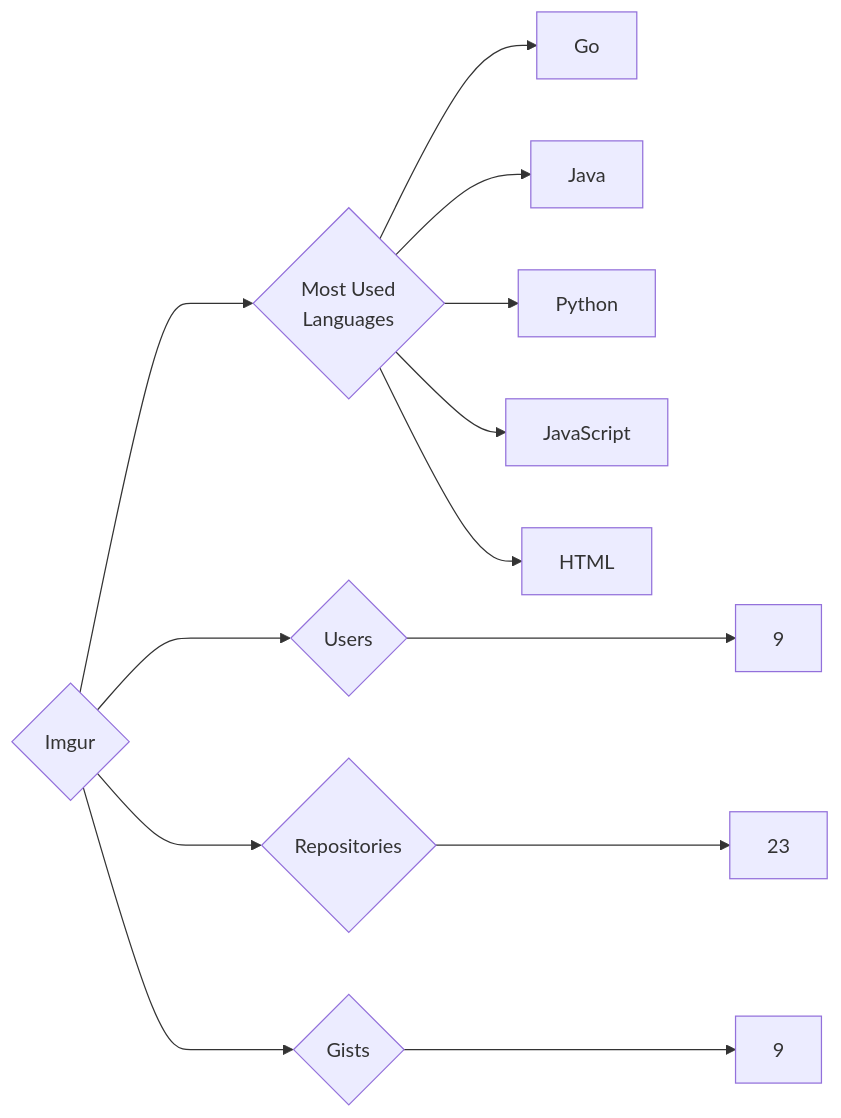
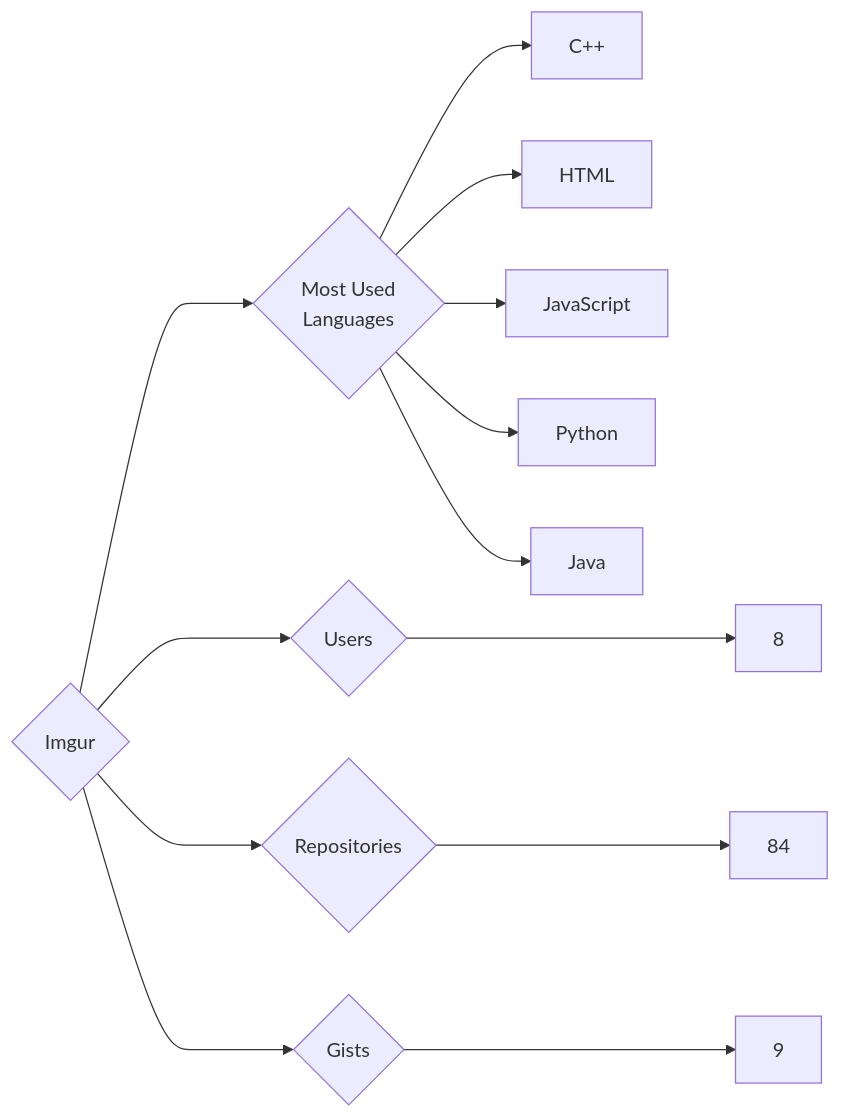
One commit to trickest/insiders changed the diagram in targets/Imgur/README.md. Above: the diagram before and after it, drawn with Mermaid. The commit also changed 1195 other files, not shown here.

````diff
--- a/targets/Imgur/README.md
+++ b/targets/Imgur/README.md
@@ -3,13 +3,13 @@
 ```mermaid
 graph LR
 COMPANY_NAME{Imgur}
-COMPANY_NAME ---> U{Users} ---> UN[9]
-COMPANY_NAME ---> R{Repositories} ---> RN[23]
+COMPANY_NAME ---> U{Users} ---> UN[8]
+COMPANY_NAME ---> R{Repositories} ---> RN[84]
 COMPANY_NAME ---> G{Gists} ---> GN[9]
 COMPANY_NAME ---> ML{Most Used<br>Languages}
-ML --> Go[Go]
+ML --> C++[C++]
+ML --> HTML[HTML]
+ML --> JavaScript[JavaScript]
+ML --> Python[Python]
 ML --> Java[Java]
-ML --> Python[Python]
-ML --> JavaScript[JavaScript]
-ML --> HTML[HTML]
 ```
````
